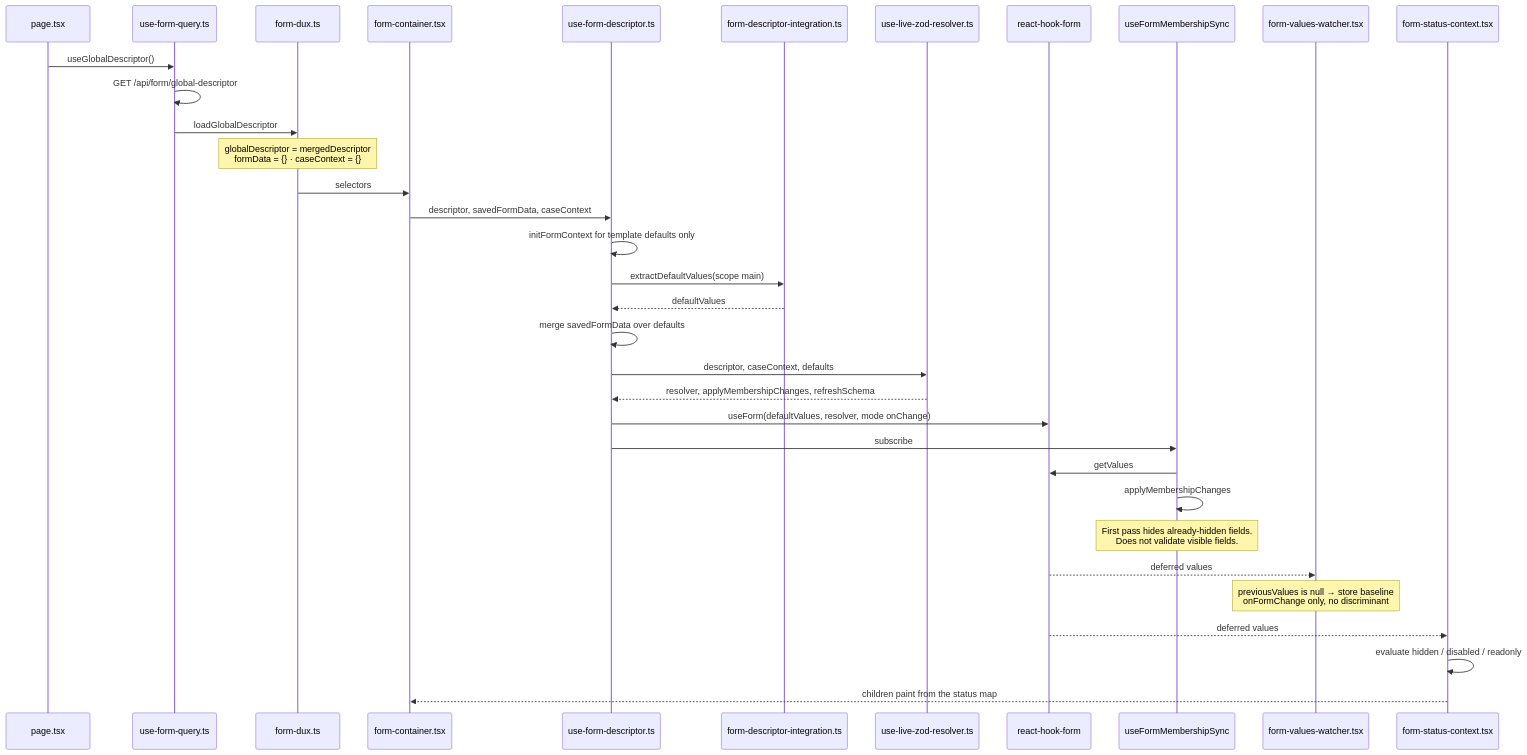
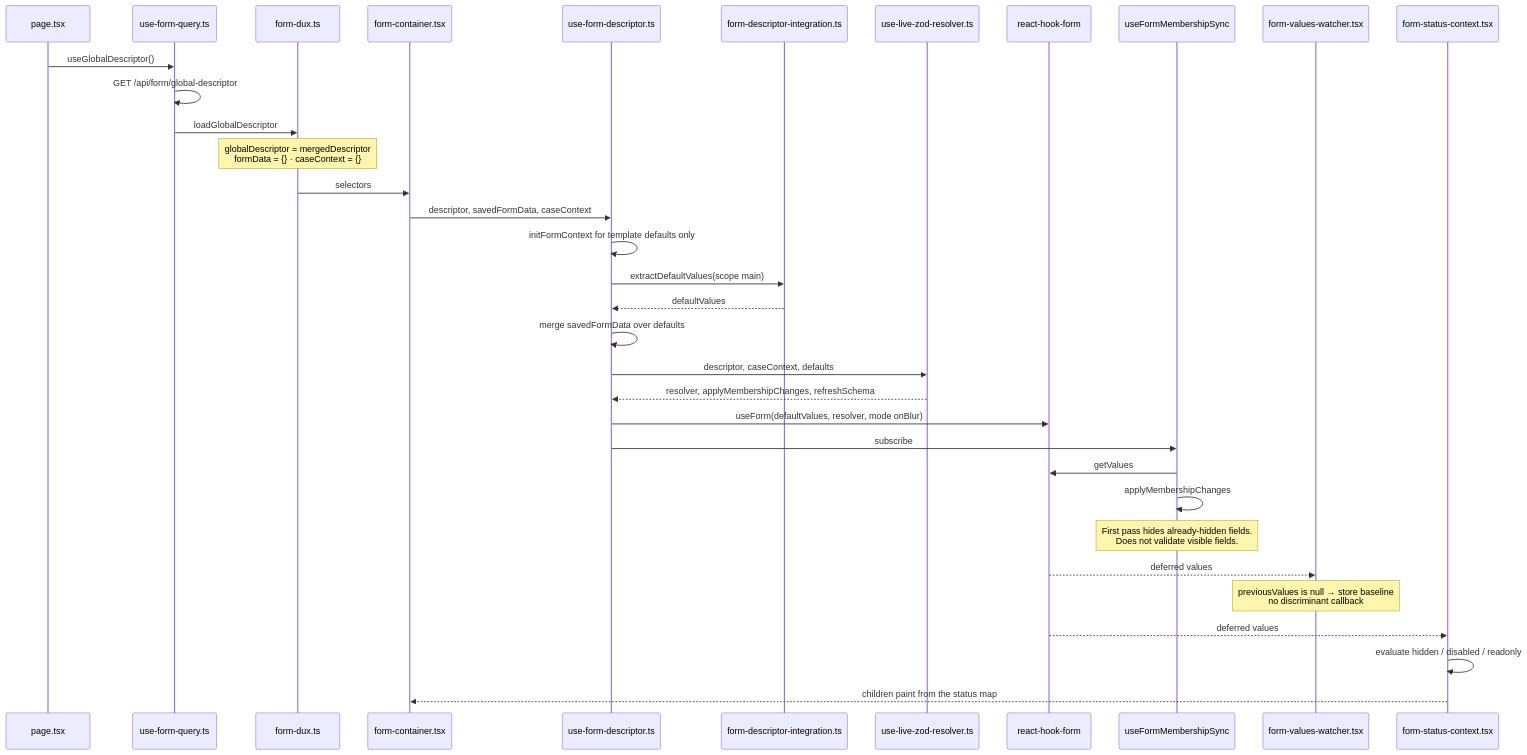
Before and after one commit to heditr/form-gen: the second of 7 diagrams in docs/thin-center-form-engine.md, drawn with Mermaid. The commit also changed other lines of this file and 16 other files, not shown here.

First line of the commit message:
feat(form): validate and draft on blur

````diff
--- a/docs/thin-center-form-engine.md
+++ b/docs/thin-center-form-engine.md
@@ -138,41 +138,41 @@
 ```mermaid
 sequenceDiagram
   participant Page as page.tsx
   participant Query as use-form-query.ts
   participant Redux as form-dux.ts
   participant Container as form-container.tsx
   participant Hook as use-form-descriptor.ts
   participant Defaults as form-descriptor-integration.ts
   participant Live as use-live-zod-resolver.ts
   participant RHF as react-hook-form
   participant Member as useFormMembershipSync
   participant Watcher as form-values-watcher.tsx
   participant Status as form-status-context.tsx
 
   Page->>Query: useGlobalDescriptor()
   Query->>Query: GET /api/form/global-descriptor
   Query->>Redux: loadGlobalDescriptor
   Note over Redux: globalDescriptor = mergedDescriptor<br/>formData = {} · caseContext = {}
 
   Redux->>Container: selectors
   Container->>Hook: descriptor, savedFormData, caseContext
   Hook->>Hook: initFormContext for template defaults only
   Hook->>Defaults: extractDefaultValues(scope main)
   Defaults-->>Hook: defaultValues
   Hook->>Hook: merge savedFormData over defaults
   Hook->>Live: descriptor, caseContext, defaults
   Live-->>Hook: resolver, applyMembershipChanges, refreshSchema
-  Hook->>RHF: useForm(defaultValues, resolver, mode onChange)
+  Hook->>RHF: useForm(defaultValues, resolver, mode onBlur)
   Hook->>Member: subscribe
 
   Member->>RHF: getValues
   Member->>Member: applyMembershipChanges
   Note over Member: First pass hides already-hidden fields.<br/>Does not validate visible fields.
 
   RHF-->>Watcher: deferred values
-  Note over Watcher: previousValues is null → store baseline<br/>onFormChange only, no discriminant
+  Note over Watcher: previousValues is null → store baseline<br/>no discriminant callback
 
   RHF-->>Status: deferred values
   Status->>Status: evaluate hidden / disabled / readonly
   Status-->>Container: children paint from the status map
 ```
````
